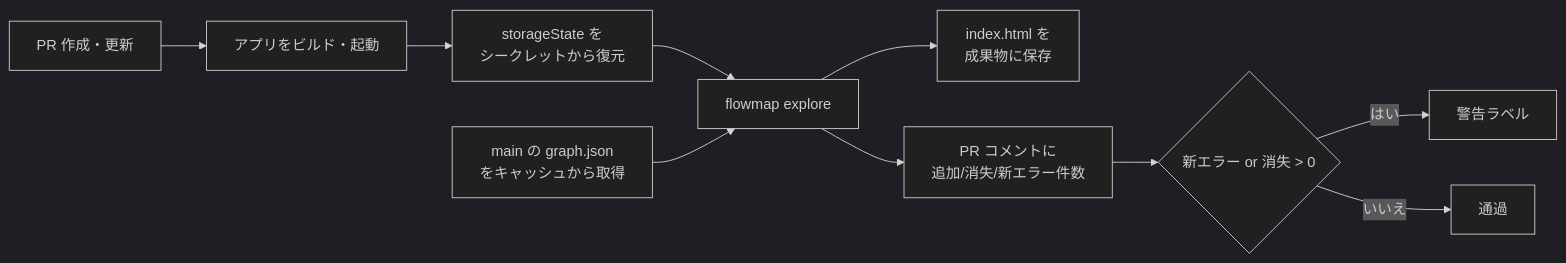
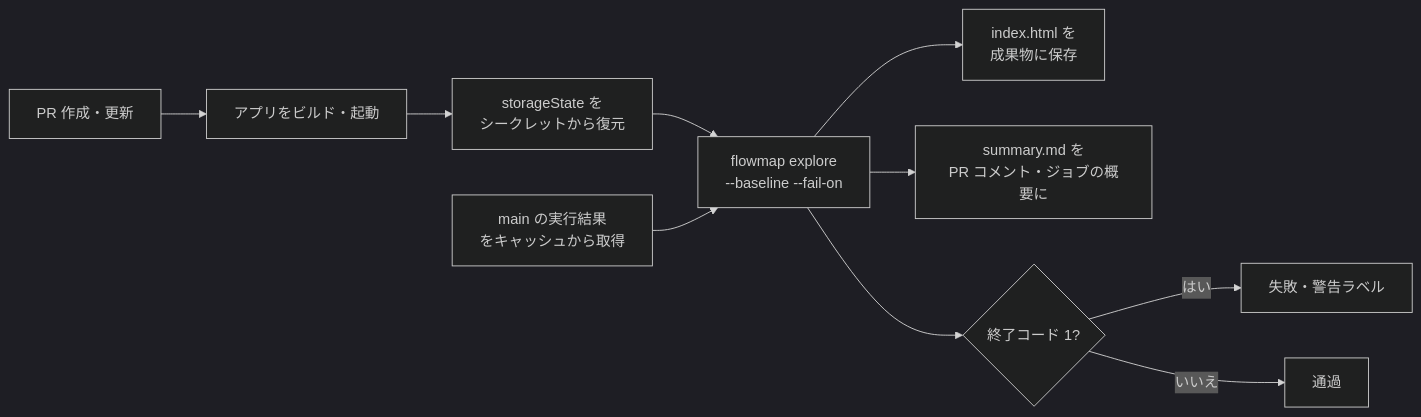
The third of 3 diagrams in DESIGN.md (raku1chi/flowmap), drawn with Mermaid (dark theme) before and after one commit. The commit also changed other lines of this file and 3 other files, not shown here.

````diff
--- a/DESIGN.md
+++ b/DESIGN.md
@@ -402,12 +496,12 @@
 ```mermaid
 flowchart LR
   PR[PR 作成・更新] --> BUILD[アプリをビルド・起動]
   BUILD --> AUTH[storageState を<br/>シークレットから復元]
-  AUTH --> RUN[flowmap explore]
-  BASE[main の graph.json<br/>をキャッシュから取得] --> RUN
+  AUTH --> RUN[flowmap explore<br/>--baseline --fail-on]
+  BASE[main の実行結果<br/>をキャッシュから取得] --> RUN
   RUN --> ART[index.html を<br/>成果物に保存]
-  RUN --> CMT[PR コメントに<br/>追加/消失/新エラー件数]
-  CMT --> GATE{新エラー or 消失 > 0}
-  GATE -- はい --> WARN[警告ラベル]
+  RUN --> CMT[summary.md を<br/>PR コメント・ジョブの概要に]
+  RUN --> GATE{終了コード 1?}
+  GATE -- はい --> WARN[失敗・警告ラベル]
   GATE -- いいえ --> OK[通過]
 ```
````
